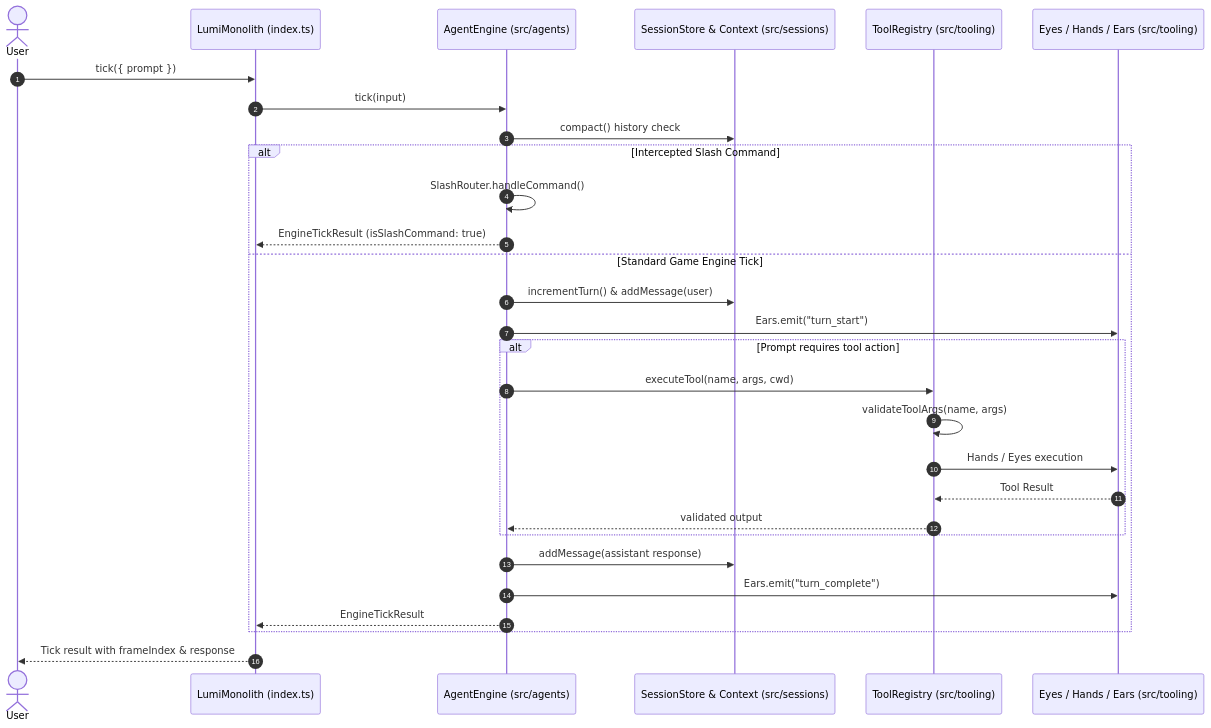
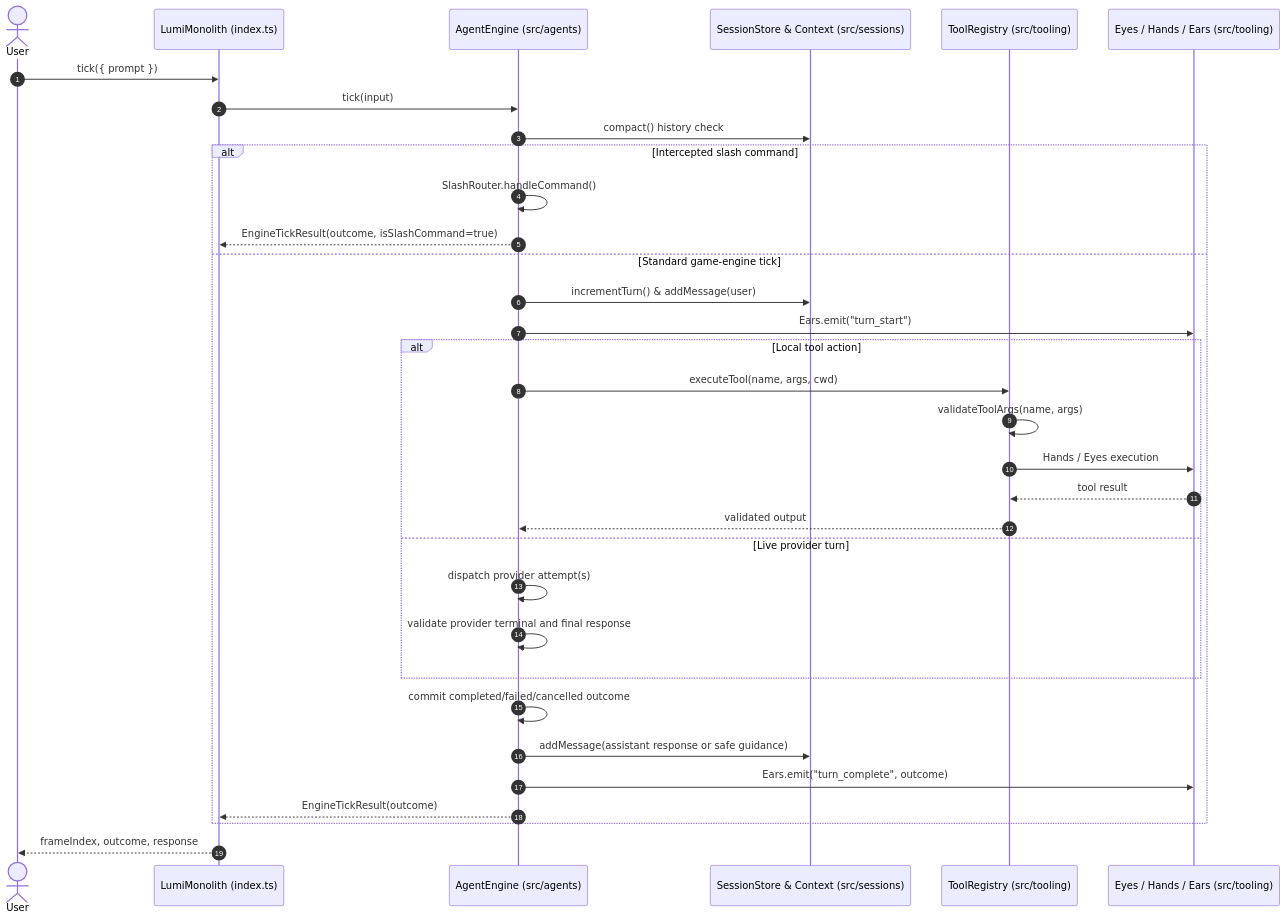
One commit to CardSorting/LUMI-JOY changed the first of 2 diagrams in .wiki/agent/patterns.md. Above: the diagram before and after it, drawn with Mermaid. The commit also changed other lines of this file and 84 other files, not shown here.

````diff
--- a/.wiki/agent/patterns.md
+++ b/.wiki/agent/patterns.md
@@ -11,36 +11,40 @@
 ```mermaid
 sequenceDiagram
     autonumber
     actor User
     participant Monolith as LumiMonolith (index.ts)
     participant Engine as AgentEngine (src/agents)
     participant Session as SessionStore & Context (src/sessions)
     participant Registry as ToolRegistry (src/tooling)
     participant Sensory as Eyes / Hands / Ears (src/tooling)
 
     User->>Monolith: tick({ prompt })
     Monolith->>Engine: tick(input)
     Engine->>Session: compact() history check
     
-    alt Intercepted Slash Command
+    alt Intercepted slash command
         Engine->>Engine: SlashRouter.handleCommand()
-        Engine-->>Monolith: EngineTickResult (isSlashCommand: true)
-    else Standard Game Engine Tick
+        Engine-->>Monolith: EngineTickResult(outcome, isSlashCommand=true)
+    else Standard game-engine tick
         Engine->>Session: incrementTurn() & addMessage(user)
         Engine->>Sensory: Ears.emit("turn_start")
-        
-        alt Prompt requires tool action
+
+        alt Local tool action
             Engine->>Registry: executeTool(name, args, cwd)
             Registry->>Registry: validateToolArgs(name, args)
             Registry->>Sensory: Hands / Eyes execution
-            Sensory-->>Registry: Tool Result
+            Sensory-->>Registry: tool result
             Registry-->>Engine: validated output
+        else Live provider turn
+            Engine->>Engine: dispatch provider attempt(s)
+            Engine->>Engine: validate provider terminal and final response
         end
 
-        Engine->>Session: addMessage(assistant response)
-        Engine->>Sensory: Ears.emit("turn_complete")
-        Engine-->>Monolith: EngineTickResult
+        Engine->>Engine: commit completed/failed/cancelled outcome
+        Engine->>Session: addMessage(assistant response or safe guidance)
+        Engine->>Sensory: Ears.emit("turn_complete", outcome)
+        Engine-->>Monolith: EngineTickResult(outcome)
     end
 
-    Monolith-->>User: Tick result with frameIndex & response
+    Monolith-->>User: frameIndex, outcome, response
 ```
````
